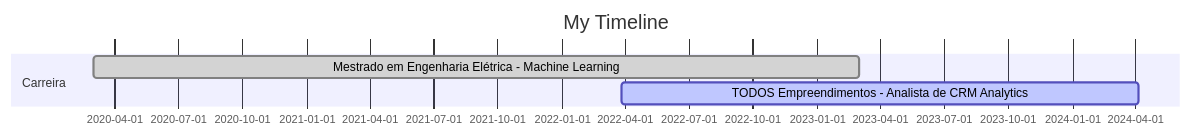
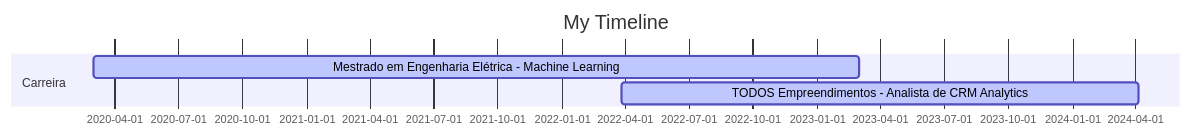
One commit to victor-hro/victor-hro changed the diagram in README.md. Above: the diagram before and after it, drawn with Mermaid. The commit also changed other lines of this file, not shown here.

````diff
--- a/README.md
+++ b/README.md
@@ -3,10 +3,10 @@
 ```mermaid
 gantt
     dateFormat  YYYY-MM-DD
     title My Timeline
     section Carreira
-    Mestrado em Engenharia Elétrica - Machine Learning  :done, 2020-03-02, 2023-03-02
-    TODOS Empreendimentos - Analista de CRM Analytics   :active, black, 2022-03-28, 2024-04-05
+    Mestrado em Engenharia Elétrica - Machine Learning  :active,, 2020-03-02, 2023-03-02
+    TODOS Empreendimentos - Analista de CRM Analytics   :active,, 2022-03-28, 2024-04-05
 
     %% Para mais informações, consulte a documentação do Mermaid: https://mermaid-js.github.io/mermaid/#/styles?id=gantt-styles
 ```
````
